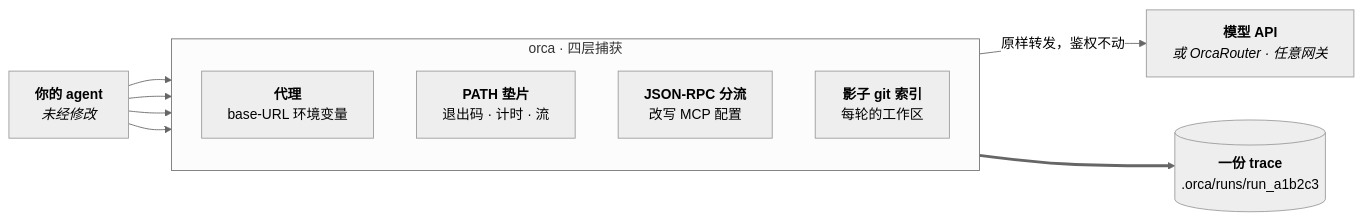
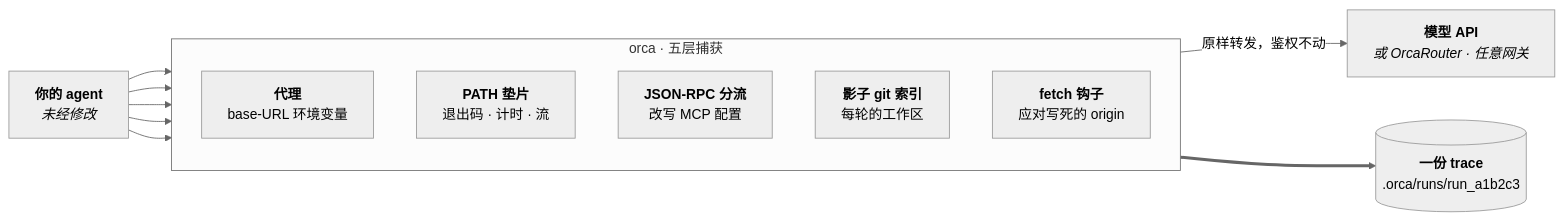
The first of 2 diagrams in docs/i18n/README.zh-CN.md (Continuum-AI-Corp/OrcaReplay), drawn with Mermaid before and after one commit. The commit also changed other lines of this file and 7 other files, not shown here.

````diff
--- a/docs/i18n/README.zh-CN.md
+++ b/docs/i18n/README.zh-CN.md
@@ -71,17 +72,18 @@
 ```mermaid
 %%{init: {'theme':'neutral'}}%%
 flowchart LR
     A["<b>你的 agent</b><br/><i>未经修改</i>"]
 
-    subgraph orca["orca · 四层捕获"]
+    subgraph orca["orca · 五层捕获"]
         direction TB
         P["<b>代理</b><br/>base-URL 环境变量"]
         SH["<b>PATH 垫片</b><br/>退出码 · 计时 · 流"]
         MC["<b>JSON-RPC 分流</b><br/>改写 MCP 配置"]
         FS["<b>影子 git 索引</b><br/>每轮的工作区"]
+        FH["<b>fetch 钩子</b><br/>应对写死的 origin"]
     end
 
-    A --> P & SH & MC & FS
+    A --> P & SH & MC & FS & FH
     P -->|"原样转发，鉴权不动"| U["<b>模型 API</b><br/><i>或 OrcaRouter · 任意网关</i>"]
     orca ==> T[("<b>一份 trace</b><br/>.orca/runs/run_a1b2c3")]
 ```
````
